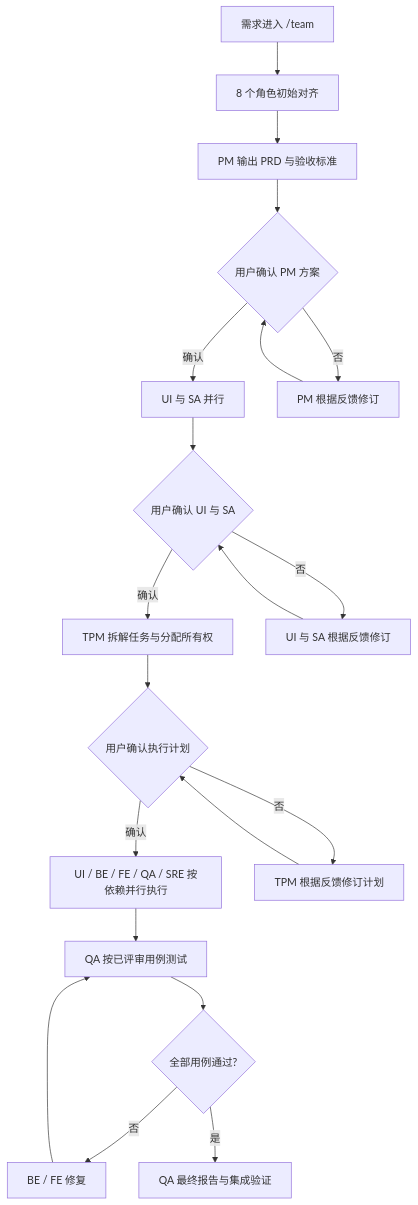
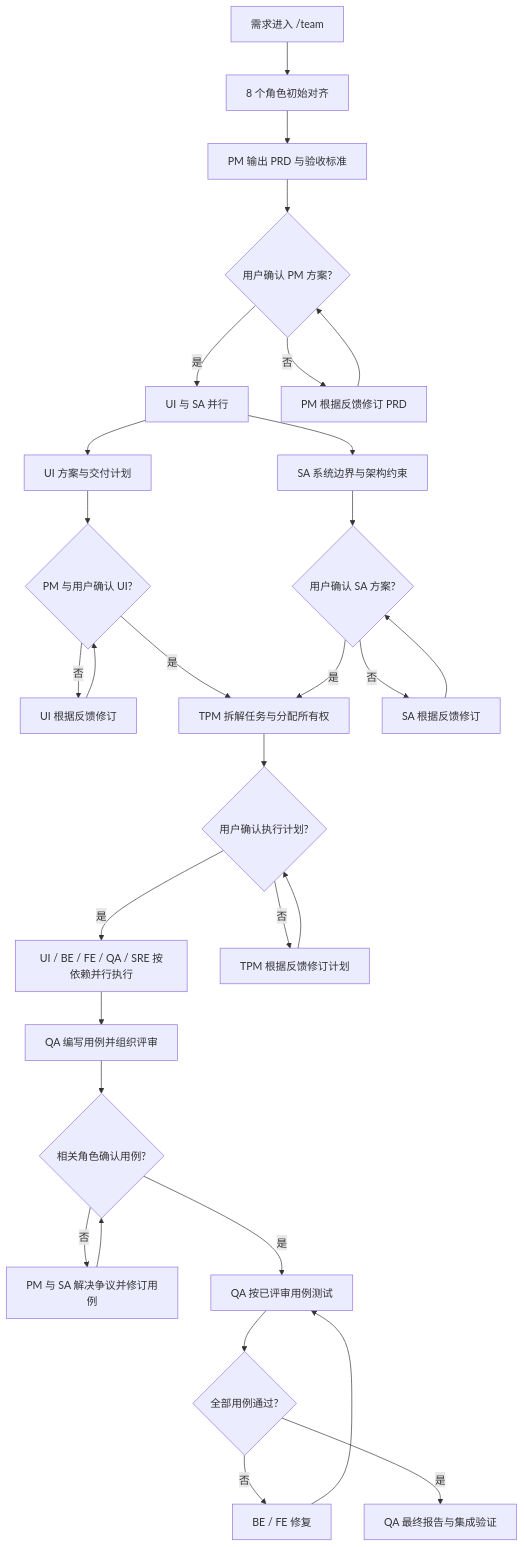
One commit to xiaok0928/codex-virtual-rd-team changed the diagram in README.md. Above: the diagram before and after it, drawn with Mermaid. The commit also changed other lines of this file and 23 other files, not shown here.

````diff
--- a/README.md
+++ b/README.md
@@ -102,22 +109,32 @@
 ```mermaid
 flowchart TD
     A[需求进入 /team] --> B[8 个角色初始对齐]
     B --> C[PM 输出 PRD 与验收标准]
-    C --> D{用户确认 PM 方案}
-    D -->|确认| E[UI 与 SA 并行]
-    D -->|否| D1[PM 根据反馈修订]
+    C --> D{用户确认 PM 方案?}
+    D -->|是| E[UI 与 SA 并行]
+    D -->|否| D1[PM 根据反馈修订 PRD]
     D1 --> D
-    E --> F{用户确认 UI 与 SA}
-    F -->|确认| G[TPM 拆解任务与分配所有权]
-    F -->|否| F1[UI 与 SA 根据反馈修订]
-    F1 --> F
-    G --> H{用户确认执行计划}
-    H -->|确认| I[UI / BE / FE / QA / SRE 按依赖并行执行]
+    E --> U[UI 方案与交付计划]
+    E --> S[SA 系统边界与架构约束]
+    U --> UQ{PM 与用户确认 UI?}
+    UQ -->|否| U1[UI 根据反馈修订]
+    U1 --> UQ
+    UQ -->|是| G
+    S --> SQ{用户确认 SA 方案?}
+    SQ -->|否| S1[SA 根据反馈修订]
+    S1 --> SQ
+    SQ -->|是| G[TPM 拆解任务与分配所有权]
+    G --> H{用户确认执行计划?}
+    H -->|是| I[UI / BE / FE / QA / SRE 按依赖并行执行]
     H -->|否| H1[TPM 根据反馈修订计划]
     H1 --> H
-    I --> J[QA 按已评审用例测试]
+    I --> T[QA 编写用例并组织评审]
+    T --> TQ{相关角色确认用例?}
+    TQ -->|否| T1[PM 与 SA 解决争议并修订用例]
+    T1 --> TQ
+    TQ -->|是| J[QA 按已评审用例测试]
     J --> K{全部用例通过?}
     K -->|否| L[BE / FE 修复]
     L --> J
     K -->|是| M[QA 最终报告与集成验证]
 ```
````
